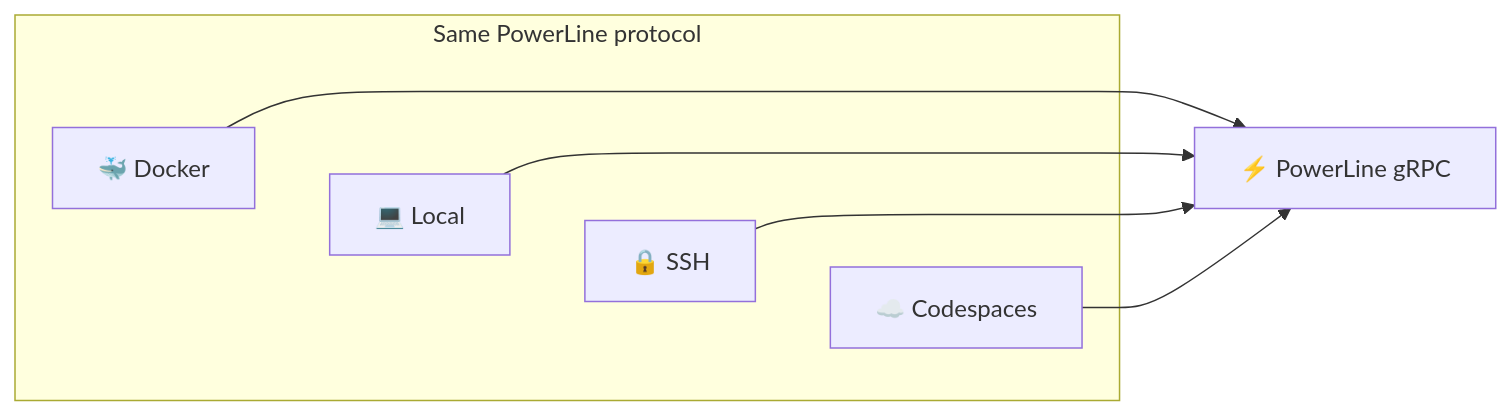
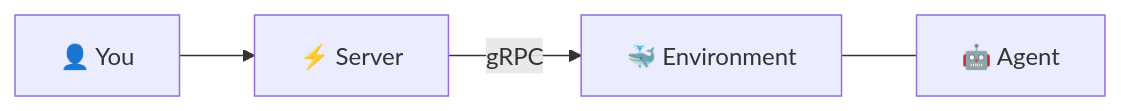
One commit to nick-pape/grackle changed the first of 6 diagrams in README.md. Above: the diagram before and after it, drawn with Mermaid. The commit also changed other lines of this file, not shown here.

First line of the commit message:
Split scaling diagram into 4, fold env/runtime into architecture

````diff
--- a/README.md
+++ b/README.md
@@ -13,10 +25,6 @@
 ```mermaid
 graph LR
-    subgraph "Same PowerLine protocol"
-        D["🐳 Docker"] ~~~ L["💻 Local"] ~~~ S["🔒 SSH"] ~~~ C["☁️ Codespaces"]
-    end
-    D --> PL["⚡ PowerLine gRPC"]
-    L --> PL
-    S --> PL
-    C --> PL
+    You["👤 You"] --> S["⚡ Server"]
+    S -- gRPC --> E["🐳 Environment"]
+    E --- A["🤖 Agent"]
 ```
````
